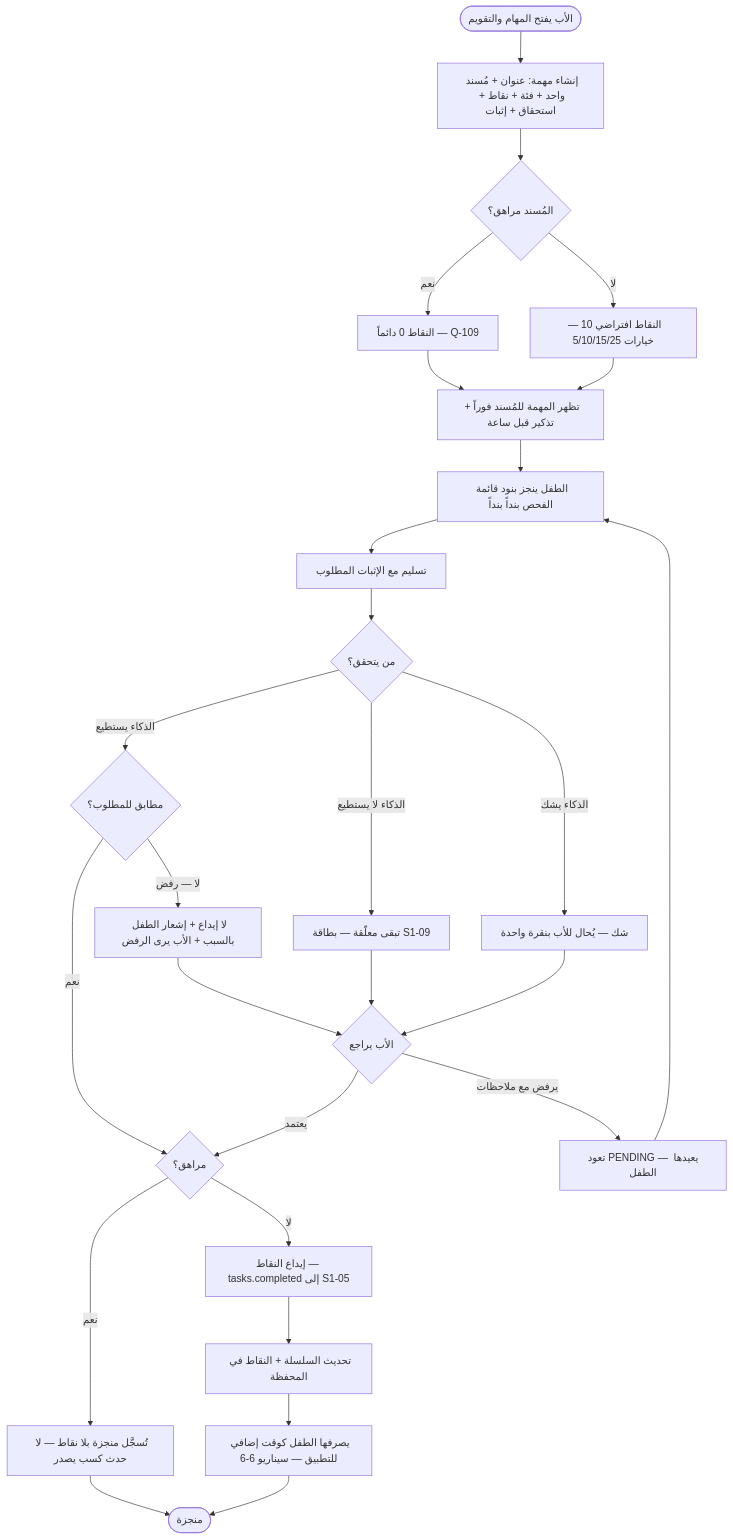
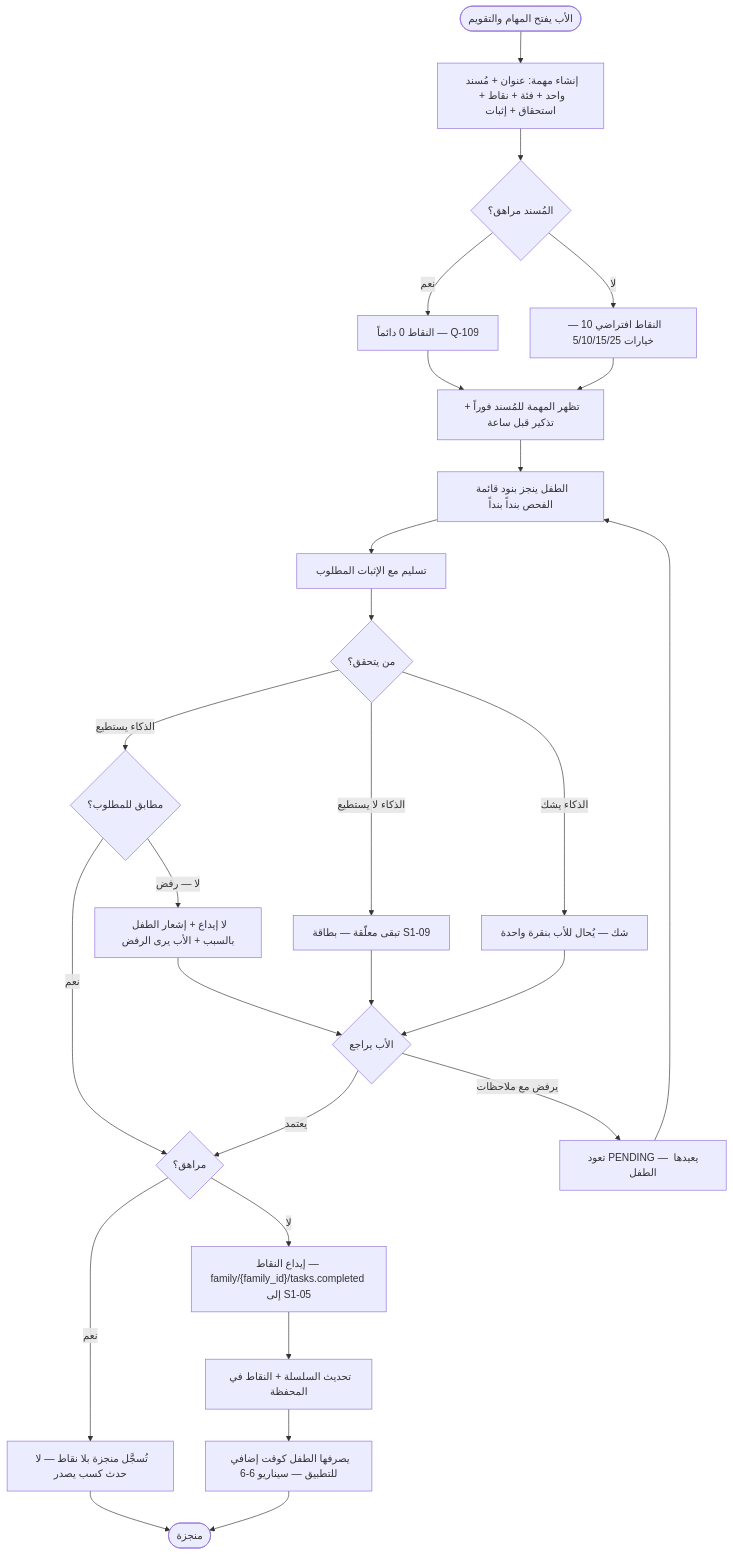
The tenth of 12 diagrams in docs/family-os/governance/phases/phase-1/S1-06-tasks-and-calendar/DIAGRAMS.md (Bassam-mohammed-alqaeadi/family-os-v2), drawn with Mermaid before and after one commit. The commit also changed other lines of this file and 10 other files, not shown here.

Commit message:
إغلاق المراجعة الشاملة R1–R5 (Q-196…Q-231) — المخططات DIAGRAMS + خريطة السياق (2/4)

````diff
--- a/docs/family-os/governance/phases/phase-1/S1-06-tasks-and-calendar/DIAGRAMS.md
+++ b/docs/family-os/governance/phases/phase-1/S1-06-tasks-and-calendar/DIAGRAMS.md
@@ -349,29 +364,29 @@
 ```mermaid
 flowchart TD
     Start([الأب يفتح المهام والتقويم]) --> Create[إنشاء مهمة: عنوان + مُسند واحد + فئة + نقاط + استحقاق + إثبات]
     Create --> TeenQ{المُسند مراهق؟}
     TeenQ -->|نعم| Zero[النقاط 0 دائماً — Q-109]
     TeenQ -->|لا| Points[النقاط افتراضي 10 — خيارات 5/10/15/25]
     Zero --> Show[تظهر المهمة للمُسند فوراً + تذكير قبل ساعة]
     Points --> Show
     Show --> Do[الطفل ينجز بنود قائمة الفحص بنداً بنداً]
     Do --> Submit[تسليم مع الإثبات المطلوب]
     Submit --> Who{من يتحقق؟}
     Who -->|الذكاء يستطيع| AIOK{مطابق للمطلوب؟}
     AIOK -->|نعم| TeenCheck{مراهق؟}
     AIOK -->|لا — رفض| Notify[لا إيداع + إشعار الطفل بالسبب + الأب يرى الرفض]
     Who -->|الذكاء لا يستطيع| Pending[تبقى معلّقة — بطاقة S1-09]
     Who -->|الذكاء يشك| Doubt[شك — يُحال للأب بنقرة واحدة]
     Doubt --> FatherRev
     Pending --> FatherRev{الأب يراجع}
     FatherRev -->|يعتمد| TeenCheck
     FatherRev -->|يرفض مع ملاحظات| Back[تعود PENDING — يعيدها الطفل]
     Back --> Do
     Notify --> FatherRev
     TeenCheck -->|نعم| NoEvent[تُسجَّل منجزة بلا نقاط — لا حدث كسب يصدر]
-    TeenCheck -->|لا| Deposit[إيداع النقاط — tasks.completed إلى S1-05]
+    TeenCheck -->|لا| Deposit["إيداع النقاط — family/{family_id}/tasks.completed إلى S1-05"]
     Deposit --> Streak[تحديث السلسلة + النقاط في المحفظة]
     Streak --> Spend[يصرفها الطفل كوقت إضافي للتطبيق — سيناريو 6-6]
     NoEvent --> End([منجزة])
     Spend --> End
 ```
````
